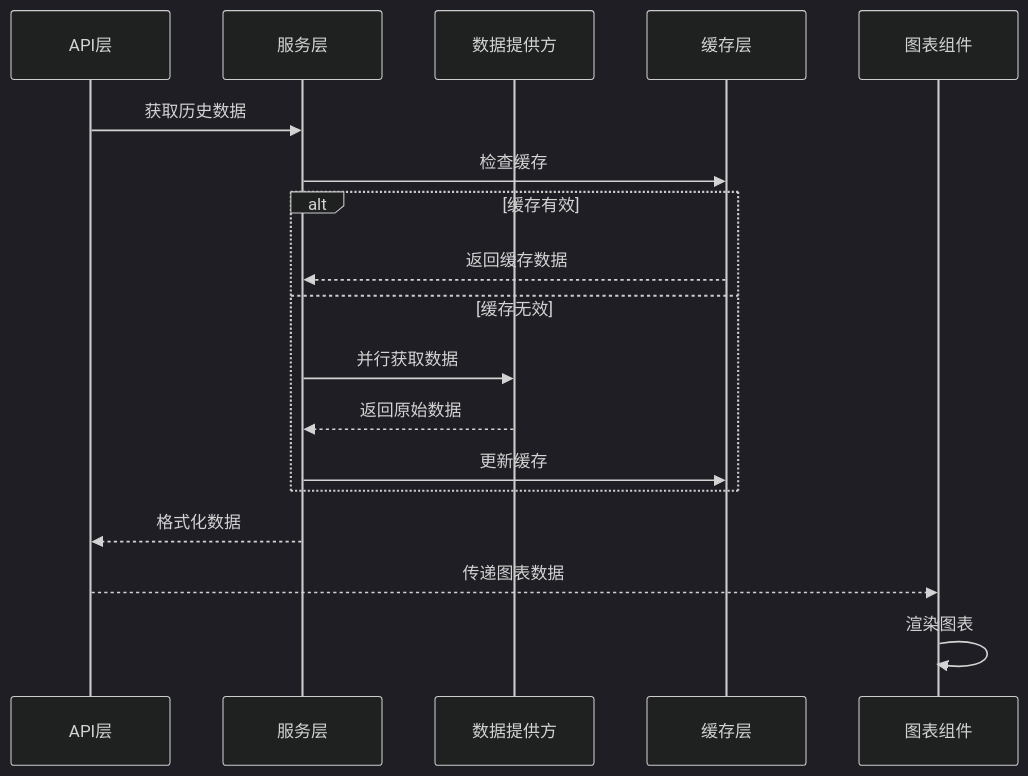
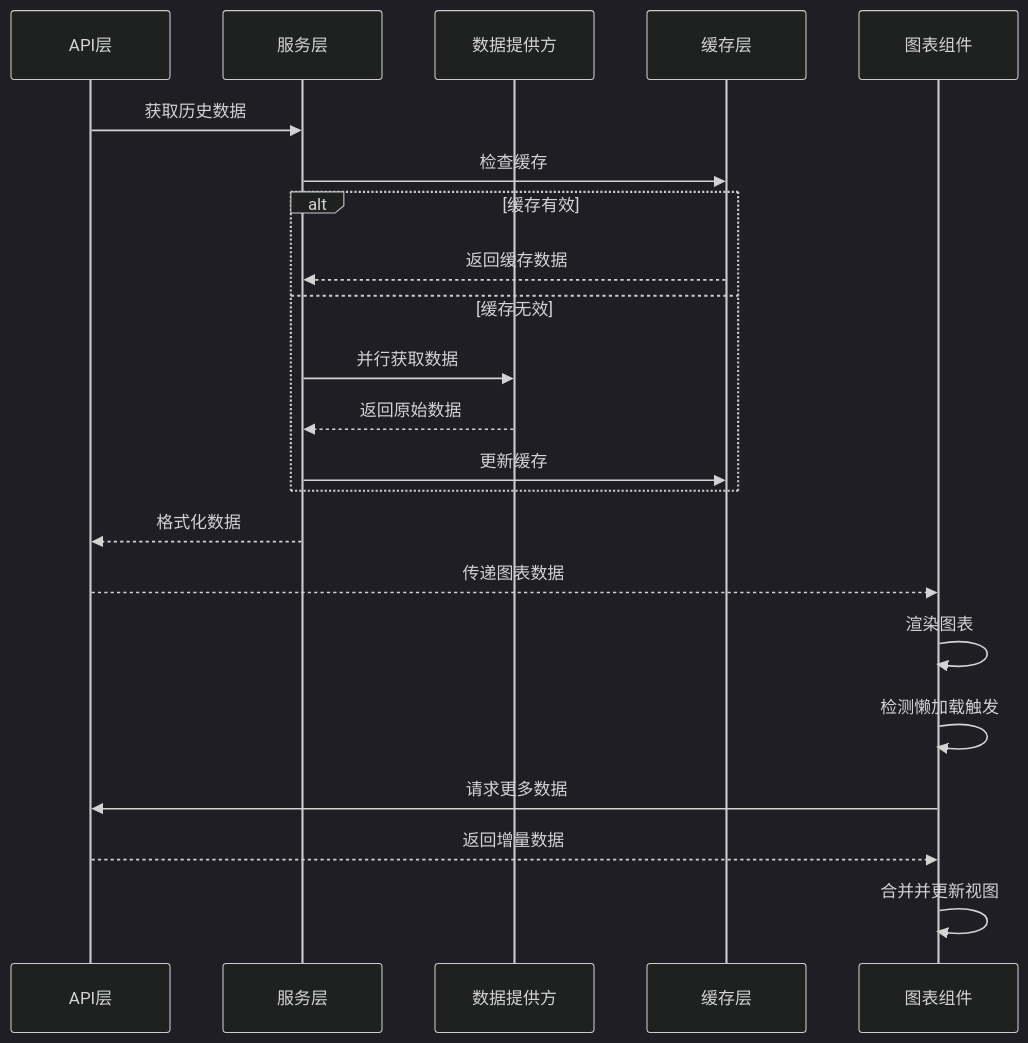
The fifth of 8 diagrams in .qoder/repowiki/zh/content/投资组合管理/前端集成与展示/高级图表可视化.md (breeze-lyf/ai-stock-advisor), drawn with Mermaid (dark theme) before and after one commit. The commit also changed other lines of this file and 122 other files, not shown here.

````diff
--- a/.qoder/repowiki/zh/content/投资组合管理/前端集成与展示/高级图表可视化.md
+++ b/.qoder/repowiki/zh/content/投资组合管理/前端集成与展示/高级图表可视化.md
@@ -209,20 +234,24 @@
 ```mermaid
 sequenceDiagram
 participant API as API层
 participant Service as 服务层
 participant Provider as 数据提供方
 participant Cache as 缓存层
 participant Chart as 图表组件
 API->>Service : 获取历史数据
 Service->>Cache : 检查缓存
 alt 缓存有效
 Cache-->>Service : 返回缓存数据
 else 缓存无效
 Service->>Provider : 并行获取数据
 Provider-->>Service : 返回原始数据
 Service->>Cache : 更新缓存
 end
 Service-->>API : 格式化数据
 API-->>Chart : 传递图表数据
 Chart->>Chart : 渲染图表
+Chart->>Chart : 检测懒加载触发
+Chart->>API : 请求更多数据
+API-->>Chart : 返回增量数据
+Chart->>Chart : 合并并更新视图
 ```
````
